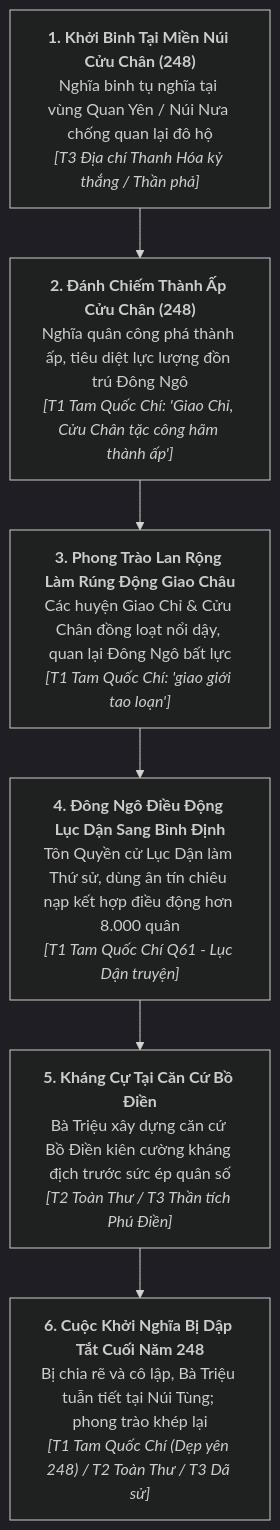
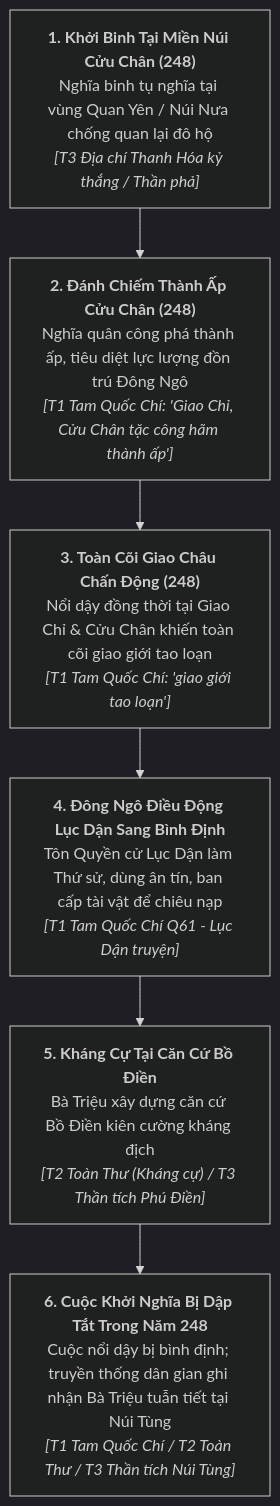
One commit to LightDucan/HuyenSu-TD changed the diagram in docs/drafts/viet-su/ba-trieu-248/historical-context-and-timeline.md. Above: the diagram before and after it, drawn with Mermaid (dark theme). The commit also changed other lines of this file and 6 other files, not shown here.

````diff
--- a/docs/drafts/viet-su/ba-trieu-248/historical-context-and-timeline.md
+++ b/docs/drafts/viet-su/ba-trieu-248/historical-context-and-timeline.md
@@ -25,9 +25,9 @@
 ```mermaid
 flowchart TD
     P1["<b>1. Khởi Binh Tại Miền Núi Cửu Chân (248)</b><br>Nghĩa binh tụ nghĩa tại vùng Quan Yên / Núi Nưa chống quan lại đô hộ<br><i>[T3 Địa chí Thanh Hóa kỷ thắng / Thần phả]</i>"]
     --> P2["<b>2. Đánh Chiếm Thành Ấp Cửu Chân (248)</b><br>Nghĩa quân công phá thành ấp, tiêu diệt lực lượng đồn trú Đông Ngô<br><i>[T1 Tam Quốc Chí: 'Giao Chỉ, Cửu Chân tặc công hãm thành ấp']</i>"]
-    --> P3["<b>3. Phong Trào Lan Rộng Làm Rúng Động Giao Châu</b><br>Các huyện Giao Chỉ & Cửu Chân đồng loạt nổi dậy, quan lại Đông Ngô bất lực<br><i>[T1 Tam Quốc Chí: 'giao giới tao loạn']</i>"]
-    --> P4["<b>4. Đông Ngô Điều Động Lục Dận Sang Bình Định</b><br>Tôn Quyền cử Lục Dận làm Thứ sử, dùng ân tín chiêu nạp kết hợp điều động hơn 8.000 quân<br><i>[T1 Tam Quốc Chí Q61 - Lục Dận truyện]</i>"]
-    --> P5["<b>5. Kháng Cự Tại Căn Cứ Bồ Điền</b><br>Bà Triệu xây dựng căn cứ Bồ Điền kiên cường kháng địch trước sức ép quân số<br><i>[T2 Toàn Thư / T3 Thần tích Phú Điền]</i>"]
-    --> P6["<b>6. Cuộc Khởi Nghĩa Bị Dập Tắt Cuối Năm 248</b><br>Bị chia rẽ và cô lập, Bà Triệu tuẫn tiết tại Núi Tùng; phong trào khép lại<br><i>[T1 Tam Quốc Chí (Dẹp yên 248) / T2 Toàn Thư / T3 Dã sử]</i>"]
+    --> P3["<b>3. Toàn Cõi Giao Châu Chấn Động (248)</b><br>Nổi dậy đồng thời tại Giao Chỉ & Cửu Chân khiến toàn cõi giao giới tao loạn<br><i>[T1 Tam Quốc Chí: 'giao giới tao loạn']</i>"]
+    --> P4["<b>4. Đông Ngô Điều Động Lục Dận Sang Bình Định</b><br>Tôn Quyền cử Lục Dận làm Thứ sử, dùng ân tín, ban cấp tài vật để chiêu nạp<br><i>[T1 Tam Quốc Chí Q61 - Lục Dận truyện]</i>"]
+    --> P5["<b>5. Kháng Cự Tại Căn Cứ Bồ Điền</b><br>Bà Triệu xây dựng căn cứ Bồ Điền kiên cường kháng địch<br><i>[T2 Toàn Thư (Kháng cự) / T3 Thần tích Phú Điền]</i>"]
+    --> P6["<b>6. Cuộc Khởi Nghĩa Bị Dập Tắt Trong Năm 248</b><br>Cuộc nổi dậy bị bình định; truyền thống dân gian ghi nhận Bà Triệu tuẫn tiết tại Núi Tùng<br><i>[T1 Tam Quốc Chí / T2 Toàn Thư / T3 Thần tích Núi Tùng]</i>"]
 ```
````
